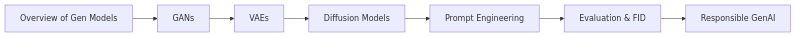
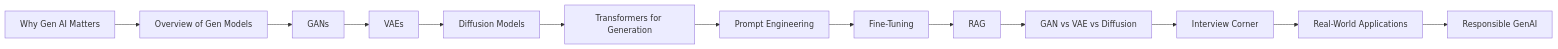
The diagram in docs/courses/applied-ai/04-generative-ai.md (Raushan666java/ai-engineering-journey), drawn with Mermaid before and after one commit. The commit also changed other lines of this file and 3 other files, not shown here.

````diff
--- a/docs/courses/applied-ai/04-generative-ai.md
+++ b/docs/courses/applied-ai/04-generative-ai.md
@@ -29,9 +51,15 @@
 ```mermaid
 flowchart LR
-    A[Overview of Gen Models] --> B[GANs]
-    B --> C[VAEs]
-    C --> D[Diffusion Models]
-    D --> E[Prompt Engineering]
-    E --> F[Evaluation & FID]
-    F --> G[Responsible GenAI]
+    A[Why Gen AI Matters] --> B[Overview of Gen Models]
+    B --> C[GANs]
+    C --> D[VAEs]
+    D --> E[Diffusion Models]
+    E --> F[Transformers for Generation]
+    F --> G[Prompt Engineering]
+    G --> H[Fine-Tuning]
+    H --> I[RAG]
+    I --> J[GAN vs VAE vs Diffusion]
+    J --> K[Interview Corner]
+    K --> L[Real-World Applications]
+    L --> M[Responsible GenAI]
 ```
````
